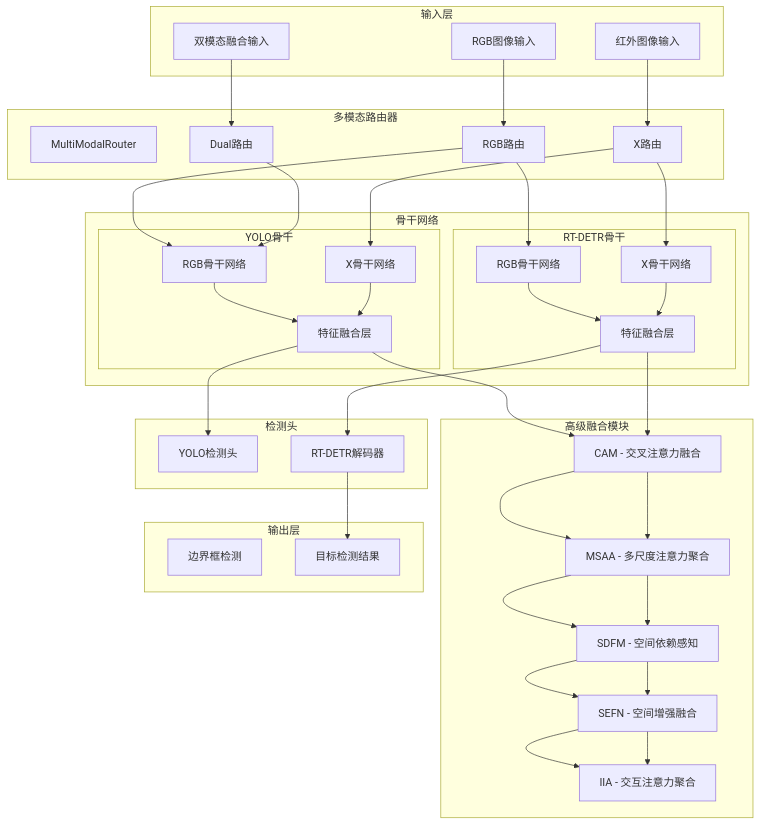
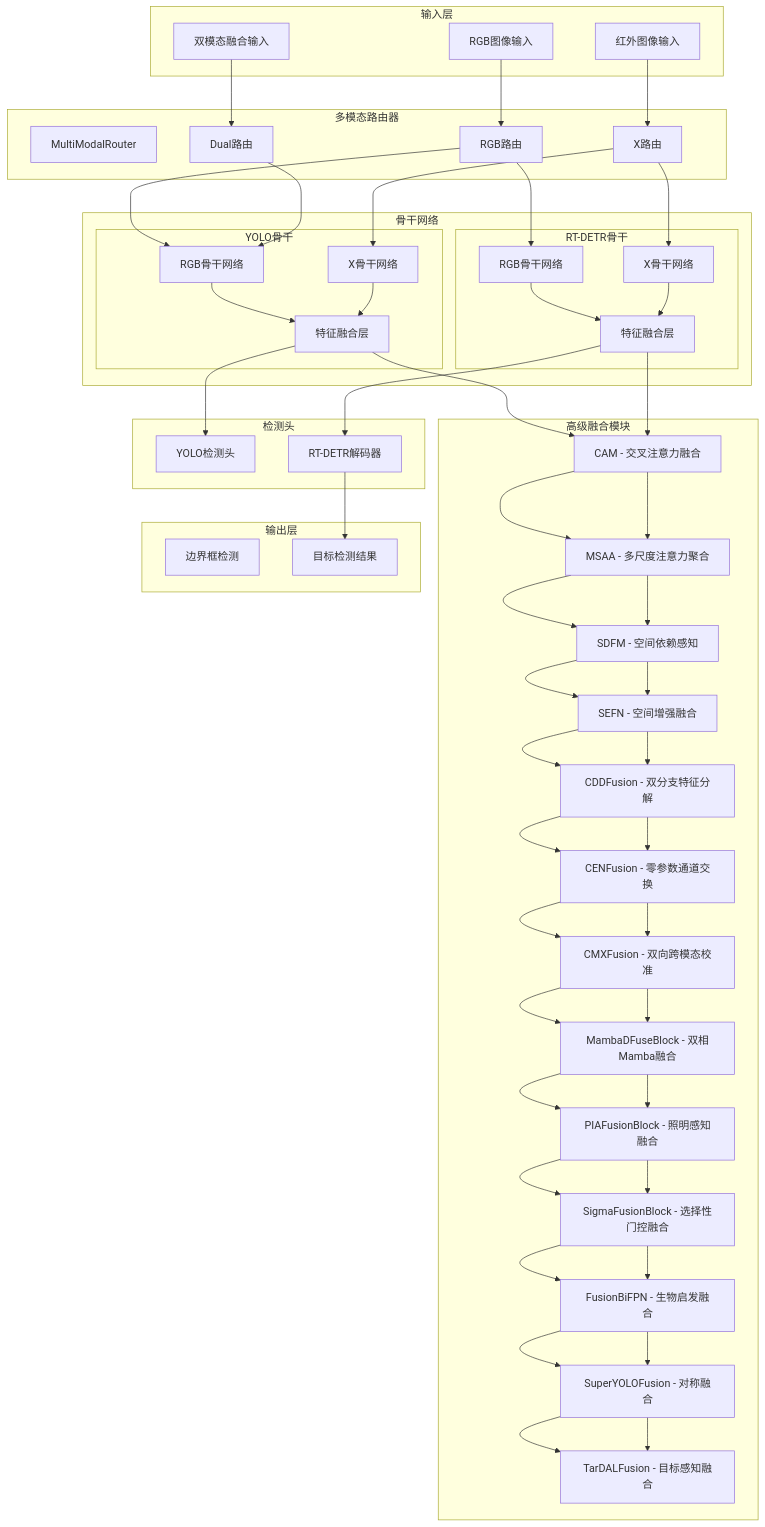
The second of 6 diagrams in .qoder/repowiki/zh/content/模型配置与管理/模型架构设计/RT-MM模型配置集合.md (2208754827/MM-IMPROVE), drawn with Mermaid before and after one commit. The commit also changed other lines of this file and 151 other files, not shown here.

````diff
--- a/.qoder/repowiki/zh/content/模型配置与管理/模型架构设计/RT-MM模型配置集合.md
+++ b/.qoder/repowiki/zh/content/模型配置与管理/模型架构设计/RT-MM模型配置集合.md
@@ -187,7 +213,15 @@
 MSAA[MSAA - 多尺度注意力聚合]
 SDFM[SDFM - 空间依赖感知]
 SEFN[SEFN - 空间增强融合]
-IIA[IIA - 交互注意力聚合]
+CDDFusion[CDDFusion - 双分支特征分解]
+CENFusion[CENFusion - 零参数通道交换]
+CMXFusion[CMXFusion - 双向跨模态校准]
+MambaDFuseBlock[MambaDFuseBlock - 双相Mamba融合]
+PIAFusionBlock[PIAFusionBlock - 照明感知融合]
+SigmaFusionBlock[SigmaFusionBlock - 选择性门控融合]
+FusionBiFPN[FusionBiFPN - 生物启发融合]
+SuperYOLOFusion[SuperYOLOFusion - 对称融合]
+TarDALFusion[TarDALFusion - 目标感知融合]
 end
 subgraph "检测头"
 YOLO_Head[YOLO检测头]
@@ -209,7 +243,15 @@
 CAM --> MSAA
 MSAA --> SDFM
 SDFM --> SEFN
-SEFN --> IIA
+SEFN --> CDDFusion
+CDDFusion --> CENFusion
+CENFusion --> CMXFusion
+CMXFusion --> MambaDFuseBlock
+MambaDFuseBlock --> PIAFusionBlock
+PIAFusionBlock --> SigmaFusionBlock
+SigmaFusionBlock --> FusionBiFPN
+FusionBiFPN --> SuperYOLOFusion
+SuperYOLOFusion --> TarDALFusion
 YOLO_Fusion --> YOLO_Head
 RouteRGB --> RT_RGB
 RouteX --> RT_X
@@ -219,7 +261,15 @@
 CAM --> MSAA
 MSAA --> SDFM
 SDFM --> SEFN
-SEFN --> IIA
+SEFN --> CDDFusion
+CDDFusion --> CENFusion
+CENFusion --> CMXFusion
+CMXFusion --> MambaDFuseBlock
+MambaDFuseBlock --> PIAFusionBlock
+PIAFusionBlock --> SigmaFusionBlock
+SigmaFusionBlock --> FusionBiFPN
+FusionBiFPN --> SuperYOLOFusion
+SuperYOLOFusion --> TarDALFusion
 RT_Fusion --> RT_Head
 RT_Head --> RT_Output
 ```
````
